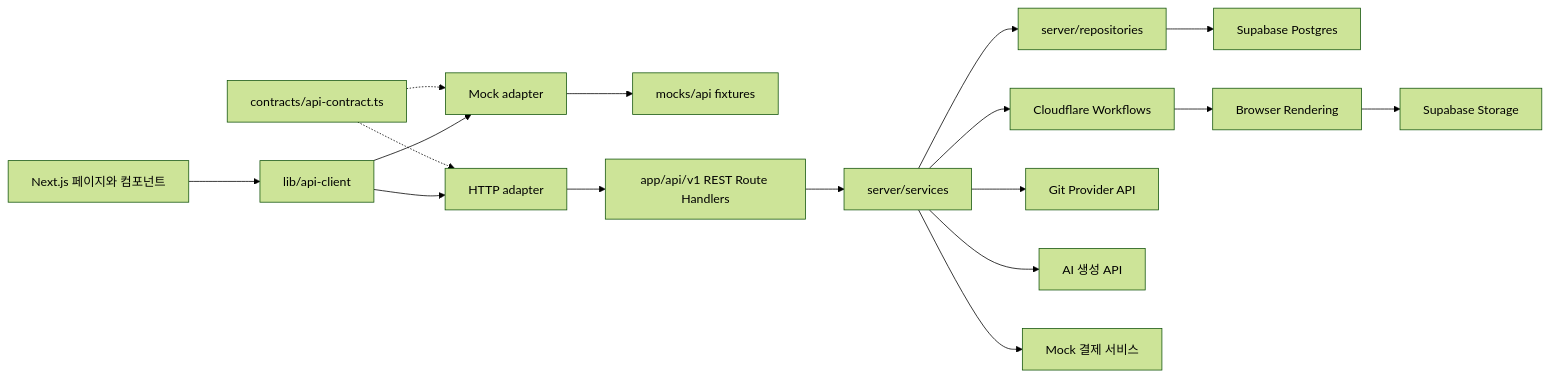
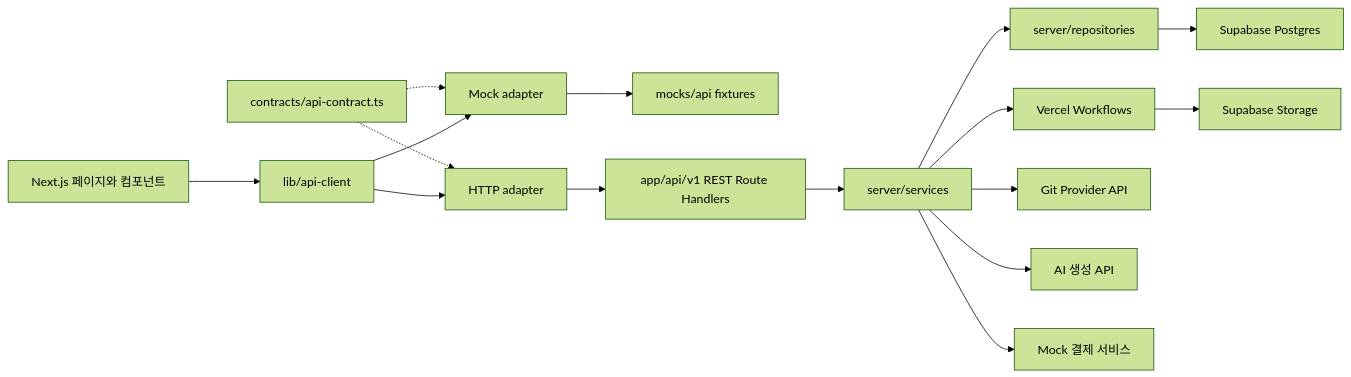
One commit to codex-hackathon-12/team12 changed the third of 3 diagrams in architecture.md. Above: the diagram before and after it, drawn with Mermaid (forest theme). The commit also changed other lines of this file and 29 other files, not shown here.

````diff
--- a/architecture.md
+++ b/architecture.md
@@ -300,19 +300,18 @@
 ```mermaid
 flowchart LR
     UI["Next.js 페이지와 컴포넌트"] --> CLIENT["lib/api-client"]
     CONTRACT["contracts/api-contract.ts"] -.-> MOCK["Mock adapter"]
     CONTRACT -.-> HTTP["HTTP adapter"]
     CLIENT --> MOCK
     CLIENT --> HTTP
     MOCK --> FIXTURES["mocks/api fixtures"]
     HTTP --> ROUTES["app/api/v1 REST Route Handlers"]
     ROUTES --> SERVICES["server/services"]
     SERVICES --> REPOS["server/repositories"]
     REPOS --> DB["Supabase Postgres"]
-    SERVICES --> FLOW["Cloudflare Workflows"]
-    FLOW --> RENDER["Browser Rendering"]
-    RENDER --> STORAGE["Supabase Storage"]
+    SERVICES --> FLOW["Vercel Workflows"]
+    FLOW --> STORAGE["Supabase Storage"]
     SERVICES --> GIT["Git Provider API"]
     SERVICES --> AI["AI 생성 API"]
     SERVICES --> PAY["Mock 결제 서비스"]
 ```
````
